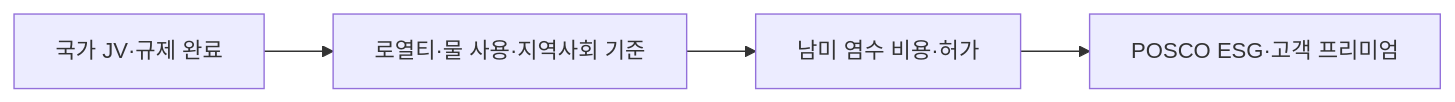
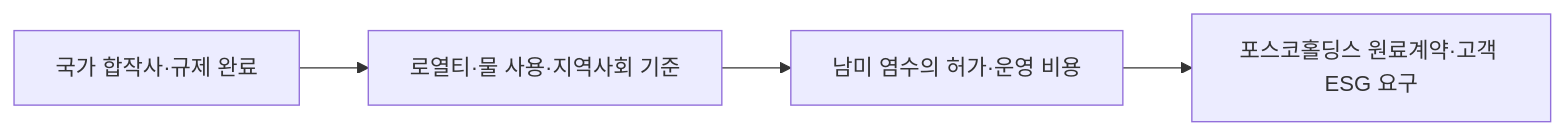
The diagram in market-sensing-wiki/signals/SIG-4FC6F602ABF5.md (arik1988/posco-market-sensing-wiki), drawn with Mermaid before and after one commit. The commit also changed other lines of this file and 143 other files, not shown here.

````diff
--- a/market-sensing-wiki/signals/SIG-4FC6F602ABF5.md
+++ b/market-sensing-wiki/signals/SIG-4FC6F602ABF5.md
@@ -47,6 +49,6 @@
 ```mermaid
 flowchart LR
- A[국가 JV·규제 완료] --> B[로열티·물 사용·지역사회 기준]
- B --> C[남미 염수 비용·허가]
- C --> D[POSCO ESG·고객 프리미엄]
+ A[국가 합작사·규제 완료] --> B[로열티·물 사용·지역사회 기준]
+ B --> C[남미 염수의 허가·운영 비용]
+ C --> D[포스코홀딩스 원료계약·고객 ESG 요구]
 ```
````
